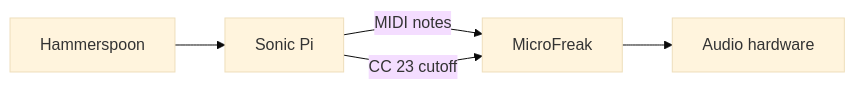
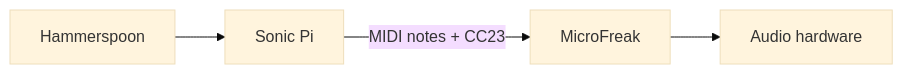
The diagram in hammerspoon/episodes/03-controlando-sinte/README.md (umarquez/glitxtober-automation-scripts), drawn with Mermaid (base theme) before and after one commit. The commit also changed other lines of this file and 34 other files, not shown here.

````diff
--- a/hammerspoon/episodes/03-controlando-sinte/README.md
+++ b/hammerspoon/episodes/03-controlando-sinte/README.md
@@ -25,7 +9,6 @@
 ```mermaid
 flowchart LR
   H[Hammerspoon] --> S[Sonic Pi]
-  S -->|MIDI notes| M[MicroFreak]
-  S -->|CC 23 cutoff| M
+  S -->|MIDI notes + CC23| M[MicroFreak]
   M --> A[Audio hardware]
 ```
````
